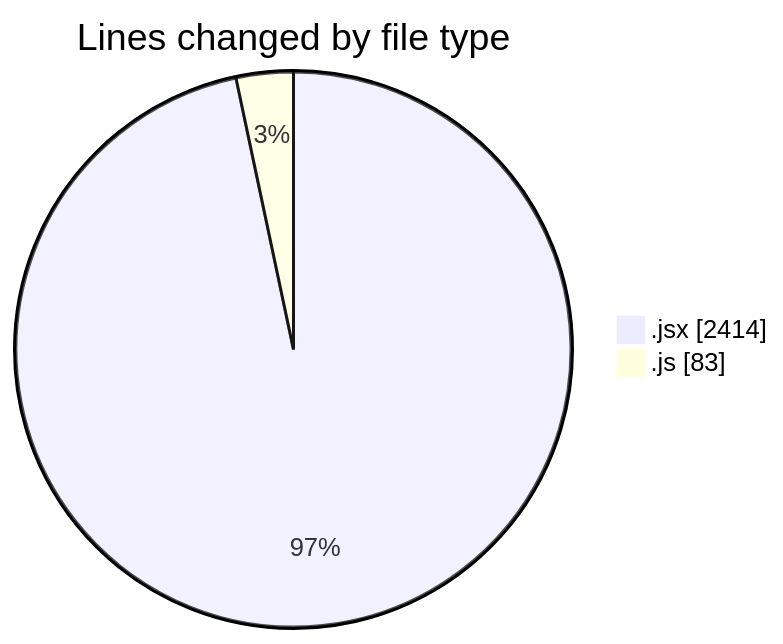
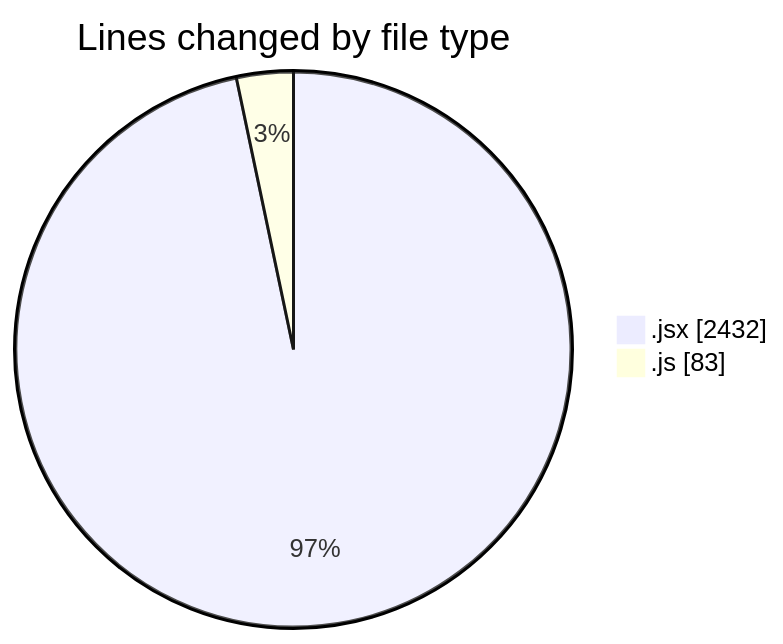
The first of 2 diagrams in 2025-08-26/nxtqube_webapp/README.md (nxtqubesakshisongat/code-tracking), drawn with Mermaid before and after one commit. The commit also changed other lines of this file and 1 other file, not shown here.

````diff
--- a/2025-08-26/nxtqube_webapp/README.md
+++ b/2025-08-26/nxtqube_webapp/README.md
@@ -27,6 +27,6 @@
 ```mermaid
 pie showData
 title Lines changed by file type
-".jsx" : 2414
+".jsx" : 2432
 ".js" : 83
 ```
````
